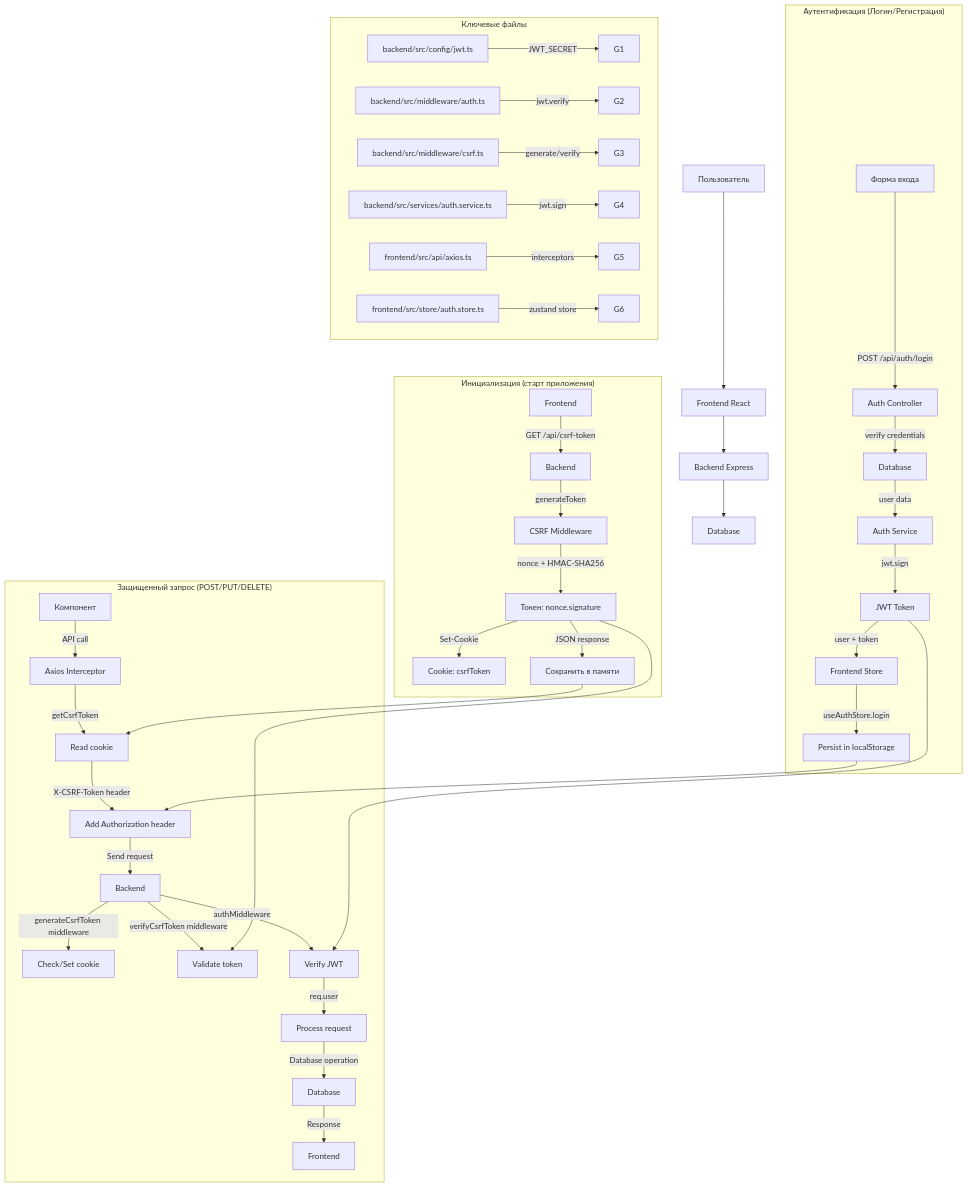
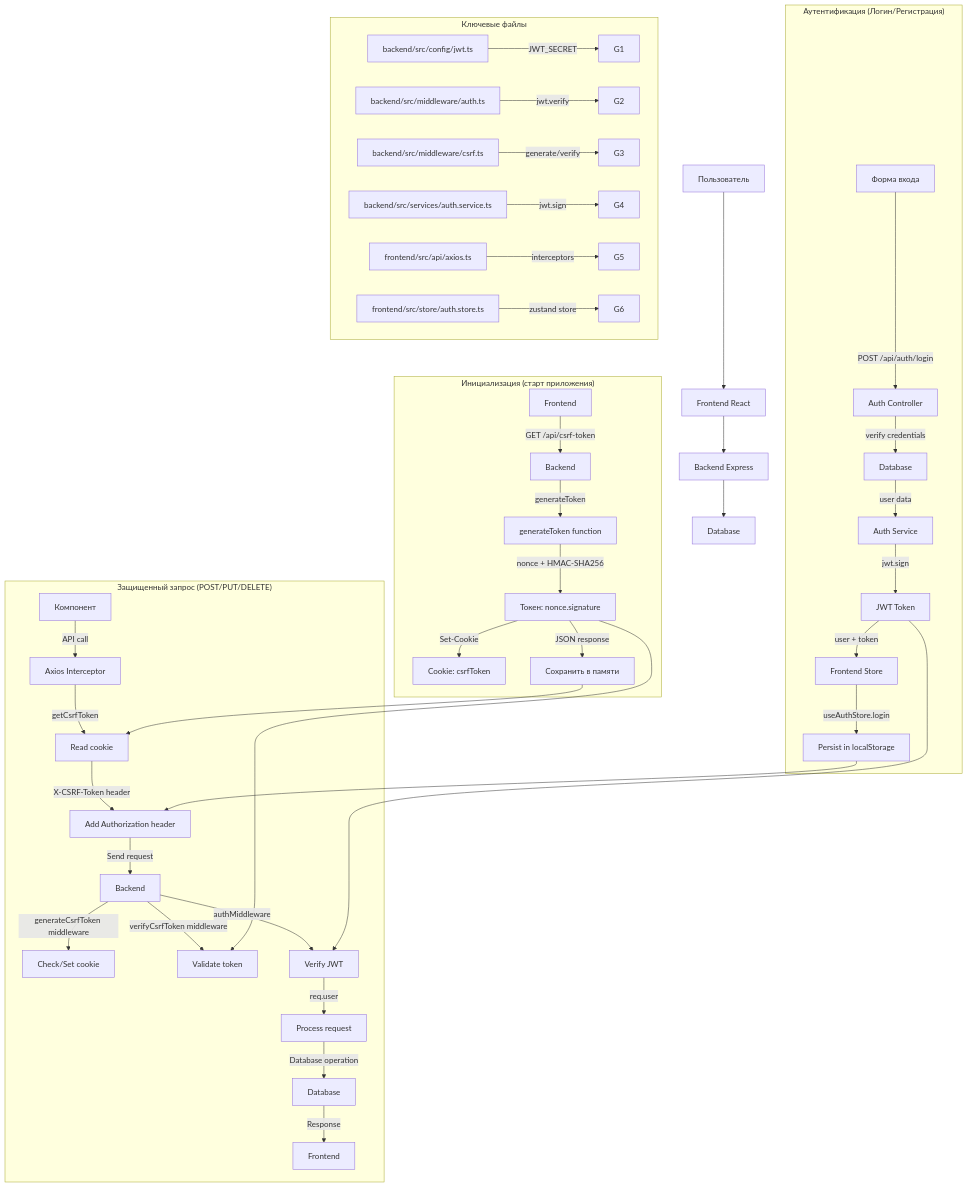
The diagram in jwt_csrf_flow.mmd (programmer-alt/auction-marketplace), drawn with Mermaid before and after one commit. The commit also changed 17 other files, not shown here.

```diff
--- a/jwt_csrf_flow.mmd
+++ b/jwt_csrf_flow.mmd
@@ -1,48 +1,48 @@
 flowchart TD
     A[Пользователь] --> B[Frontend React]
     B --> C[Backend Express]
     C --> D[Database]
 
     subgraph "Инициализация (старт приложения)"
         B1[Frontend] -->|GET /api/csrf-token| C1[Backend]
-        C1 -->|generateToken| C2[CSRF Middleware]
+        C1 -->|generateToken| C2[generateToken function]
         C2 -->|nonce + HMAC-SHA256| C3[Токен: nonce.signature]
         C3 -->|Set-Cookie| B2[Cookie: csrfToken]
         C3 -->|JSON response| B3[Сохранить в памяти]
     end
 
     subgraph "Аутентификация (Логин/Регистрация)"
         B4[Форма входа] -->|POST /api/auth/login| C4[Auth Controller]
         C4 -->|verify credentials| D1[Database]
         D1 -->|user data| C5[Auth Service]
         C5 -->|jwt.sign| C6[JWT Token]
         C6 -->|user + token| B5[Frontend Store]
         B5 -->|useAuthStore.login| B6[Persist in localStorage]
     end
 
     subgraph "Защищенный запрос (POST/PUT/DELETE)"
         B7[Компонент] -->|API call| B8[Axios Interceptor]
         B8 -->|getCsrfToken| B9[Read cookie]
         B9 -->|X-CSRF-Token header| B10[Add Authorization header]
         B10 -->|Send request| C7[Backend]
         C7 -->|generateCsrfToken middleware| C8[Check/Set cookie]
         C7 -->|verifyCsrfToken middleware| C9[Validate token]
         C7 -->|authMiddleware| C10[Verify JWT]
         C10 -->|req.user| C11[Process request]
         C11 -->|Database operation| D2[Database]
         D2 -->|Response| B11[Frontend]
     end
 
     subgraph "Ключевые файлы"
         F1[backend/src/config/jwt.ts] -->|JWT_SECRET| G1
         F2[backend/src/middleware/auth.ts] -->|jwt.verify| G2
         F3[backend/src/middleware/csrf.ts] -->|generate/verify| G3
         F4[backend/src/services/auth.service.ts] -->|jwt.sign| G4
         F5[frontend/src/api/axios.ts] -->|interceptors| G5
         F6[frontend/src/store/auth.store.ts] -->|zustand store| G6
     end
 
     B3 --> B9
     B6 --> B10
     C3 --> C9
     C6 --> C10
```
